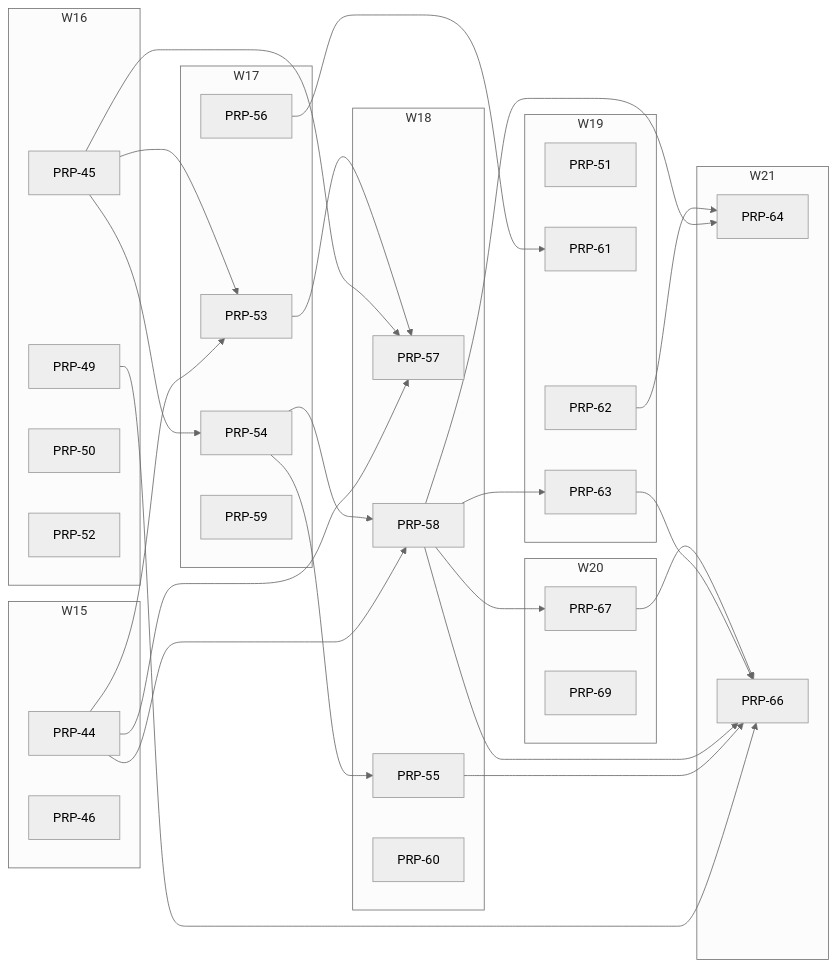
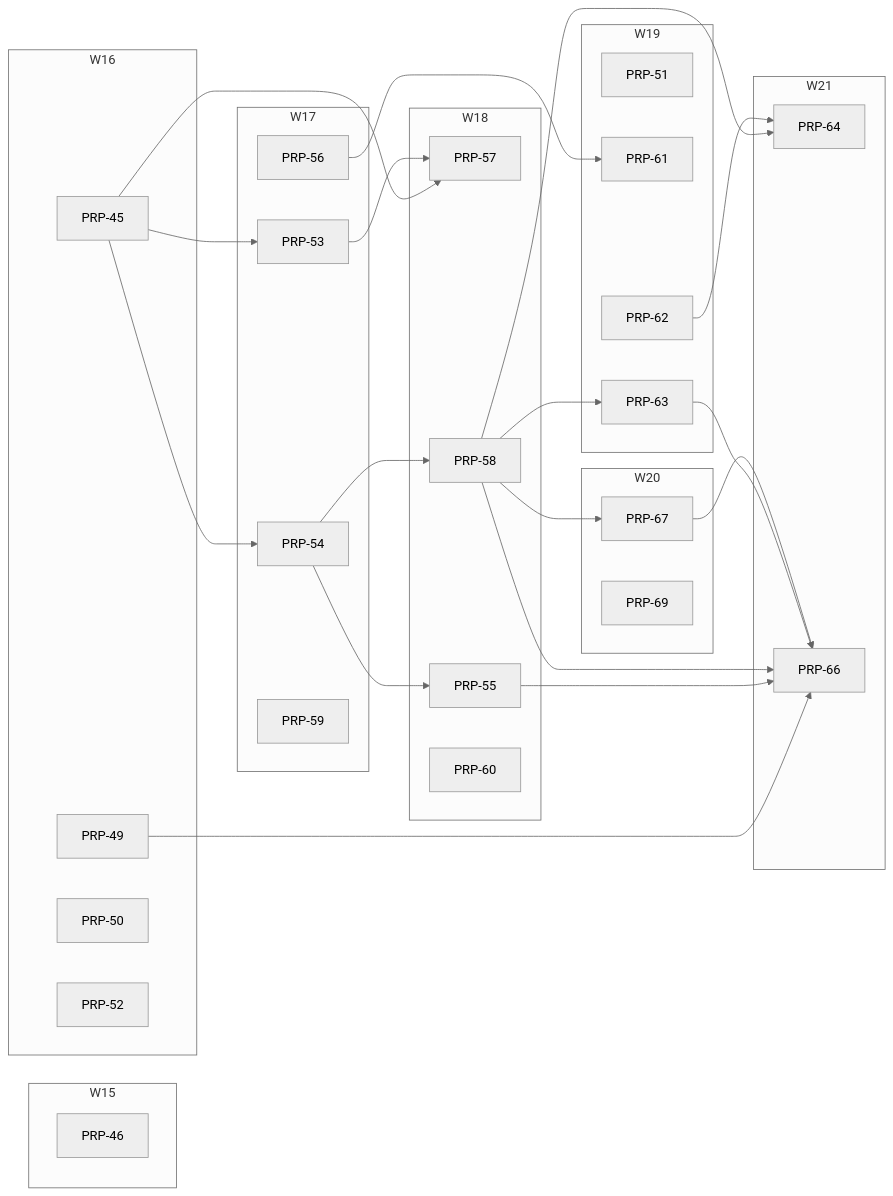
The diagram in PRPs/EXECUTION-PLAN.md (fgarofalo56/neurosphere), drawn with Mermaid (neutral theme) before and after one commit. The commit also changed other lines of this file and 59 other files, not shown here.

````diff
--- a/PRPs/EXECUTION-PLAN.md
+++ b/PRPs/EXECUTION-PLAN.md
@@ -128,58 +127,54 @@
 ```mermaid
 flowchart LR
   subgraph W15
-    P44["PRP-44"]
     P46["PRP-46"]
   end
   subgraph W16
     P45["PRP-45"]
     P49["PRP-49"]
     P50["PRP-50"]
     P52["PRP-52"]
   end
   subgraph W17
     P53["PRP-53"]
     P54["PRP-54"]
     P56["PRP-56"]
     P59["PRP-59"]
   end
   subgraph W18
     P57["PRP-57"]
     P55["PRP-55"]
     P58["PRP-58"]
     P60["PRP-60"]
   end
   subgraph W19
     P51["PRP-51"]
     P61["PRP-61"]
     P62["PRP-62"]
     P63["PRP-63"]
   end
   subgraph W20
     P67["PRP-67"]
     P69["PRP-69"]
   end
   subgraph W21
     P64["PRP-64"]
     P66["PRP-66"]
   end
-  P44 --> P53
   P45 --> P53
   P45 --> P54
   P54 --> P55
-  P44 --> P57
   P45 --> P57
   P53 --> P57
-  P44 --> P58
   P54 --> P58
   P56 --> P61
   P58 --> P63
   P58 --> P64
   P62 --> P64
   P49 --> P66
   P55 --> P66
   P58 --> P66
   P63 --> P66
   P67 --> P66
   P58 --> P67
 ```
````
